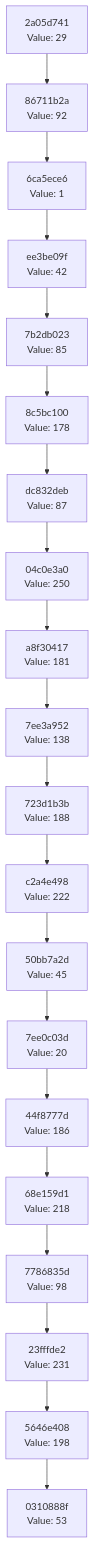
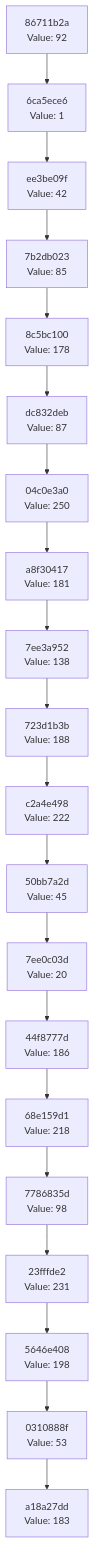
Before and after one commit to Abhisheksinha1506/hash-chain-evolver: the diagram in docs/CHAIN_VISUALIZATION.md, drawn with Mermaid. The commit also changed 2 other files, not shown here.

Commit message:
Evolution Step

````diff
--- a/docs/CHAIN_VISUALIZATION.md
+++ b/docs/CHAIN_VISUALIZATION.md
@@ -3,42 +3,42 @@
 ```mermaid
 graph TD
-    C0["0310888f<br/>Value: 53"]
-    C1["5646e408<br/>Value: 198"]
+    C0["a18a27dd<br/>Value: 183"]
+    C1["0310888f<br/>Value: 53"]
     C1 --> C0
-    C2["23fffde2<br/>Value: 231"]
+    C2["5646e408<br/>Value: 198"]
     C2 --> C1
-    C3["7786835d<br/>Value: 98"]
+    C3["23fffde2<br/>Value: 231"]
     C3 --> C2
-    C4["68e159d1<br/>Value: 218"]
+    C4["7786835d<br/>Value: 98"]
     C4 --> C3
-    C5["44f8777d<br/>Value: 186"]
+    C5["68e159d1<br/>Value: 218"]
     C5 --> C4
-    C6["7ee0c03d<br/>Value: 20"]
+    C6["44f8777d<br/>Value: 186"]
     C6 --> C5
-    C7["50bb7a2d<br/>Value: 45"]
+    C7["7ee0c03d<br/>Value: 20"]
     C7 --> C6
-    C8["c2a4e498<br/>Value: 222"]
+    C8["50bb7a2d<br/>Value: 45"]
     C8 --> C7
-    C9["723d1b3b<br/>Value: 188"]
+    C9["c2a4e498<br/>Value: 222"]
     C9 --> C8
-    C10["7ee3a952<br/>Value: 138"]
+    C10["723d1b3b<br/>Value: 188"]
     C10 --> C9
-    C11["a8f30417<br/>Value: 181"]
+    C11["7ee3a952<br/>Value: 138"]
     C11 --> C10
-    C12["04c0e3a0<br/>Value: 250"]
+    C12["a8f30417<br/>Value: 181"]
     C12 --> C11
-    C13["dc832deb<br/>Value: 87"]
+    C13["04c0e3a0<br/>Value: 250"]
     C13 --> C12
-    C14["8c5bc100<br/>Value: 178"]
+    C14["dc832deb<br/>Value: 87"]
     C14 --> C13
-    C15["7b2db023<br/>Value: 85"]
+    C15["8c5bc100<br/>Value: 178"]
     C15 --> C14
-    C16["ee3be09f<br/>Value: 42"]
+    C16["7b2db023<br/>Value: 85"]
     C16 --> C15
-    C17["6ca5ece6<br/>Value: 1"]
+    C17["ee3be09f<br/>Value: 42"]
     C17 --> C16
-    C18["86711b2a<br/>Value: 92"]
+    C18["6ca5ece6<br/>Value: 1"]
     C18 --> C17
-    C19["2a05d741<br/>Value: 29"]
+    C19["86711b2a<br/>Value: 92"]
     C19 --> C18
 ```
````
